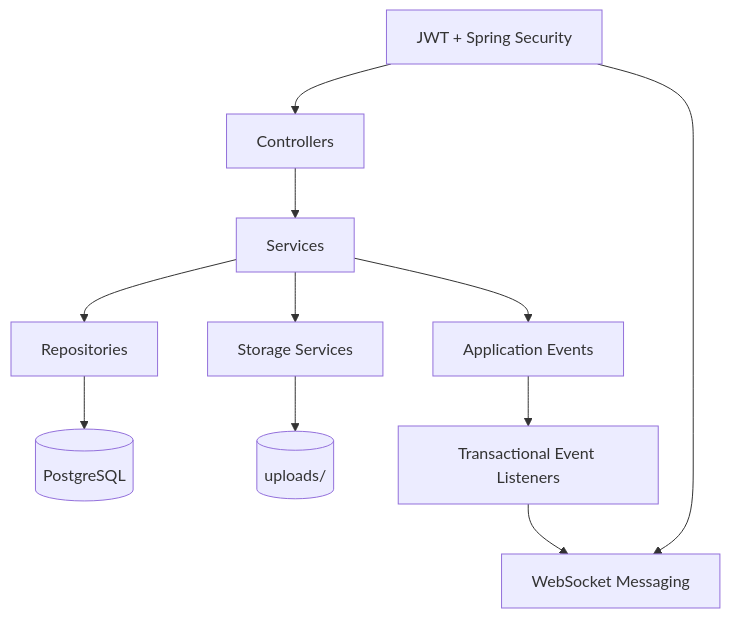
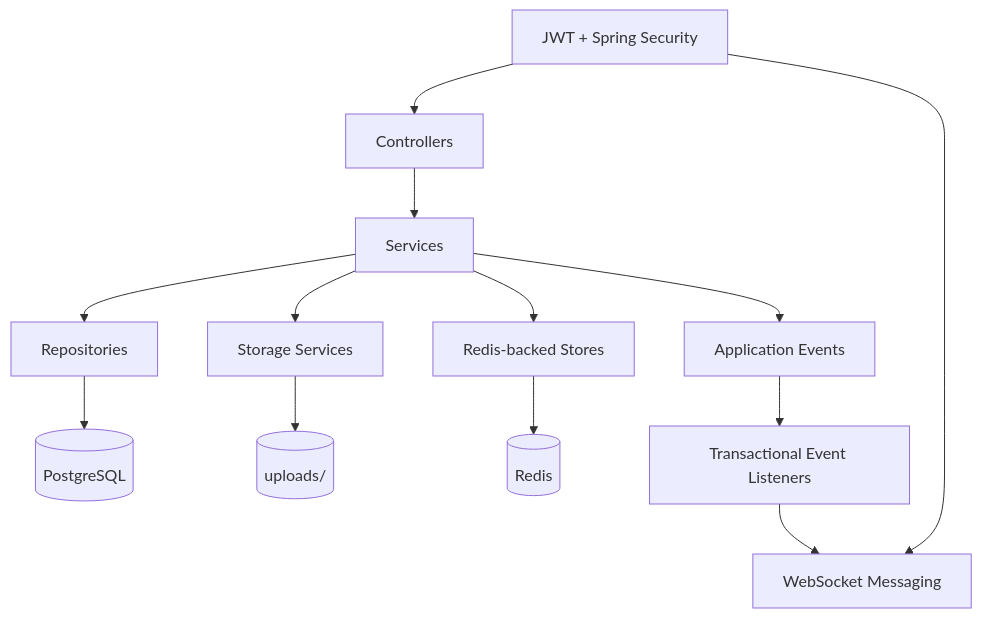
The second of 4 diagrams in ARCHITECTURE.md (NiranjanS8/Whisprly), drawn with Mermaid before and after one commit. The commit also changed other lines of this file and 1 other file, not shown here.

Commit message:
updated readme and architecture files

````diff
--- a/ARCHITECTURE.md
+++ b/ARCHITECTURE.md
@@ -31,13 +33,15 @@
 ```mermaid
 flowchart TB
     CTRL[Controllers] --> SVC[Services]
     SVC --> REPO[Repositories]
     REPO --> DB[(PostgreSQL)]
     SVC --> STORAGE[Storage Services]
     STORAGE --> FILES[(uploads/)]
+    SVC --> CACHE[Redis-backed Stores]
+    CACHE --> REDIS[(Redis)]
     SVC --> EVENTS[Application Events]
     EVENTS --> LISTENERS[Transactional Event Listeners]
     LISTENERS --> WS[WebSocket Messaging]
     SECURITY[JWT + Spring Security] --> CTRL
     SECURITY --> WS
 ```
````
